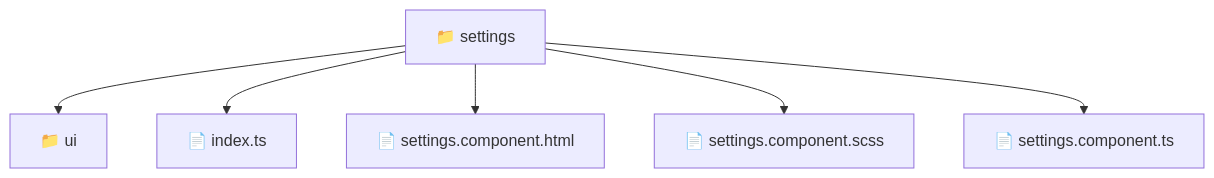
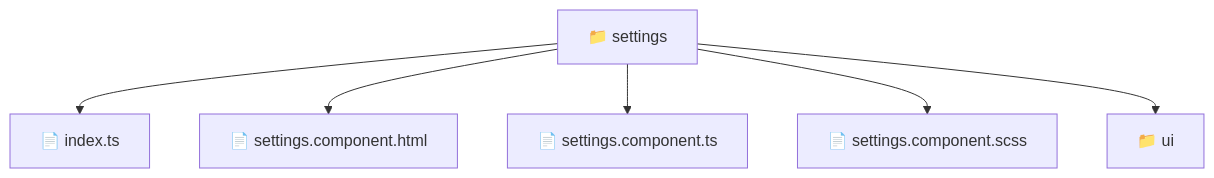
Before and after one commit to beginwebdev2002/fullstack-mavluda: the diagram in frontend/src/pages/settings/README.md, drawn with Mermaid. The commit also changed other lines of this file and 164 other files, not shown here.

First line of the commit message:
docs: generate robust autonomous architectural documentation

````diff
--- a/frontend/src/pages/settings/README.md
+++ b/frontend/src/pages/settings/README.md
@@ -11,9 +11,9 @@
 ```mermaid
 graph TD
-  Root["📁 settings"]
-  Root --> ui["📁 ui"]
-  Root --> index_ts["📄 index.ts"]
-  Root --> settings_component_html["📄 settings.component.html"]
-  Root --> settings_component_scss["📄 settings.component.scss"]
-  Root --> settings_component_ts["📄 settings.component.ts"]
+    f_settings["📁 settings"]
+    f_settings --> f_index_ts["📄 index.ts"]
+    f_settings --> f_settings_component_html["📄 settings.component.html"]
+    f_settings --> f_settings_component_ts["📄 settings.component.ts"]
+    f_settings --> f_settings_component_scss["📄 settings.component.scss"]
+    f_settings --> f_ui["📁 ui"]
 ```
````
